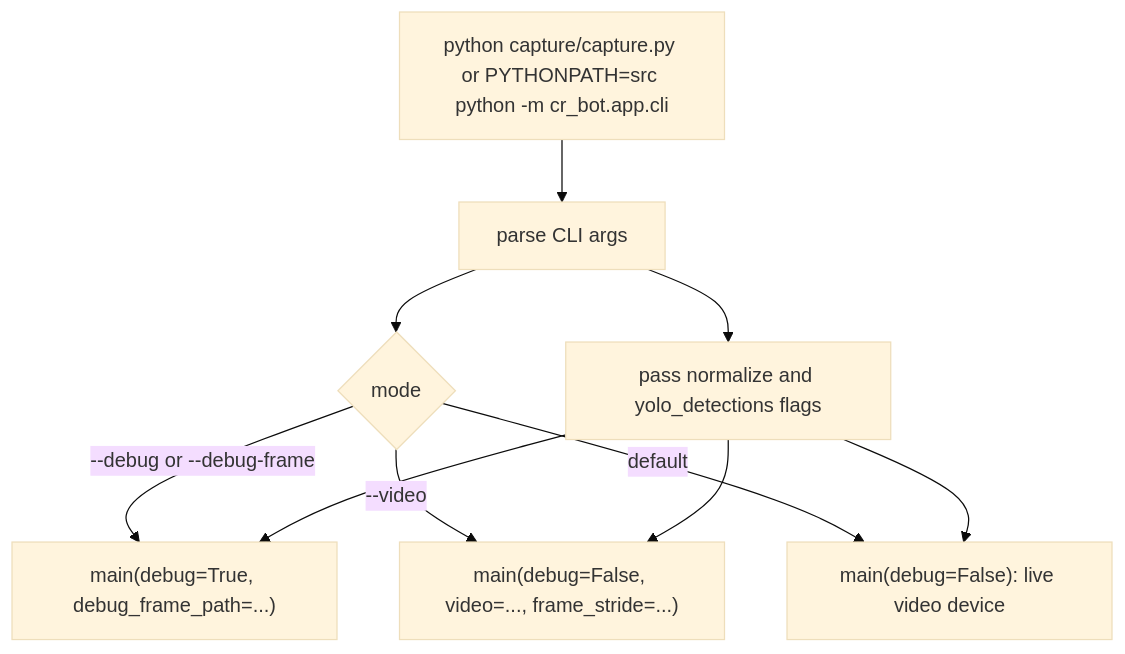
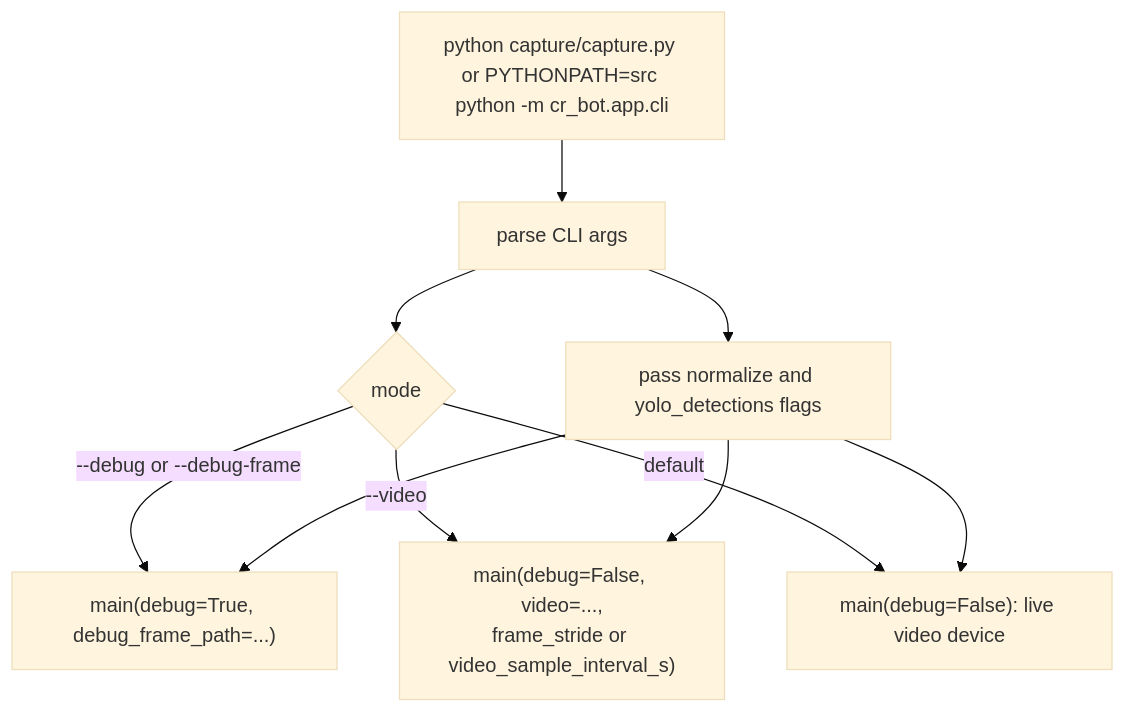
Before and after one commit to Keschler/cr-bot: the first of 19 diagrams in docs/flowcharts.md, drawn with Mermaid (base theme). The commit also changed other lines of this file, not shown here.

````diff
--- a/docs/flowcharts.md
+++ b/docs/flowcharts.md
@@ -42,12 +42,12 @@
 ```mermaid
 flowchart TD
     A["python capture/capture.py or PYTHONPATH=src python -m cr_bot.app.cli"] --> B["parse CLI args"]
     B --> C{"mode"}
     C -->|"--debug or --debug-frame"| D["main(debug=True, debug_frame_path=...)"]
-    C -->|"--video"| E["main(debug=False, video=..., frame_stride=...)"]
+    C -->|"--video"| E["main(debug=False, video=...,<br/>frame_stride or video_sample_interval_s)"]
     C -->|"default"| F["main(debug=False): live video device"]
     B --> G["pass normalize and yolo_detections flags"]
     G --> D
     G --> E
     G --> F
 ```
````
